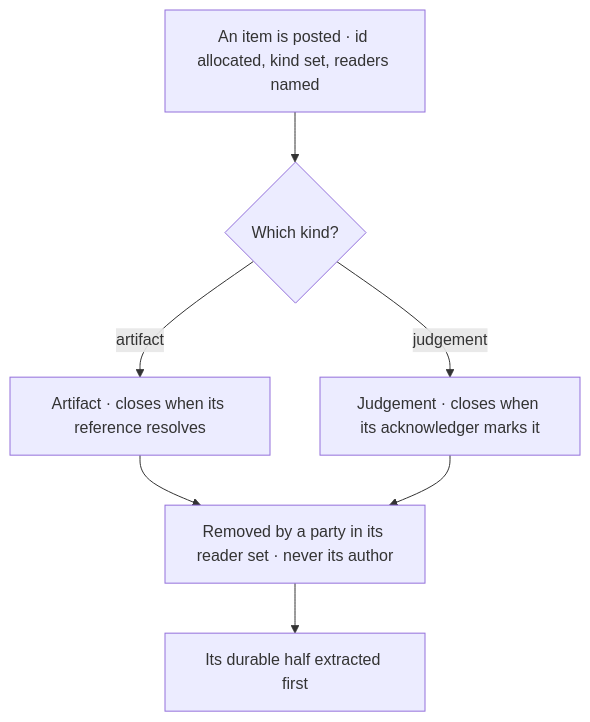
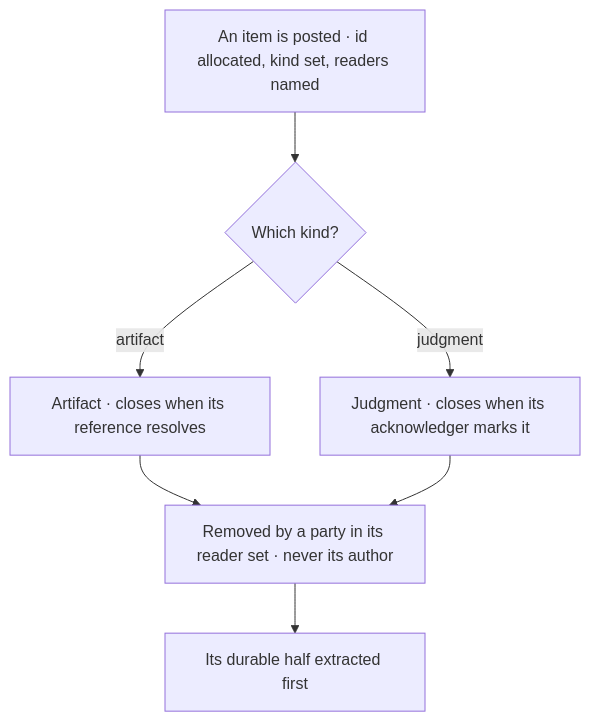
Before and after one commit to Varietyz/Disciplined-AI-Software-Development: the eighth of 10 diagrams in pag/ORCHESTRATION.md, drawn with Mermaid. The commit also changed other lines of this file and 3600 other files, not shown here.

````diff
--- a/pag/ORCHESTRATION.md
+++ b/pag/ORCHESTRATION.md
@@ -554,13 +554,13 @@
 ```mermaid
 flowchart TB
-posted["An item is posted · id allocated, kind set, readers named"]
-kind{"Which kind?"}
-artifact["Artifact · closes when its reference resolves"]
-judgement["Judgement · closes when its acknowledger marks it"]
-handler["Removed by a party in its reader set · never its author"]
-extract["Its durable half extracted first"]
-posted --> kind
-kind -- artifact --> artifact --> handler
-kind -- judgement --> judgement --> handler
-handler --> extract
+    posted["An item is posted · id allocated, kind set, readers named"]
+    kind{"Which kind?"}
+    artifact["Artifact · closes when its reference resolves"]
+    judgment["Judgment · closes when its acknowledger marks it"]
+    handler["Removed by a party in its reader set · never its author"]
+    extract["Its durable half extracted first"]
+    posted --> kind
+    kind -- artifact --> artifact --> handler
+    kind -- judgment --> judgment --> handler
+    handler --> extract
 ```
````
